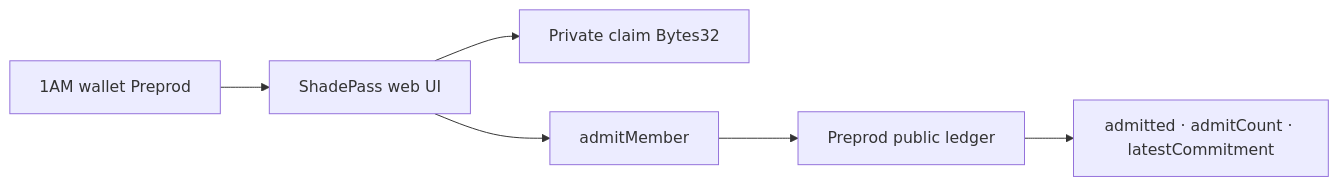
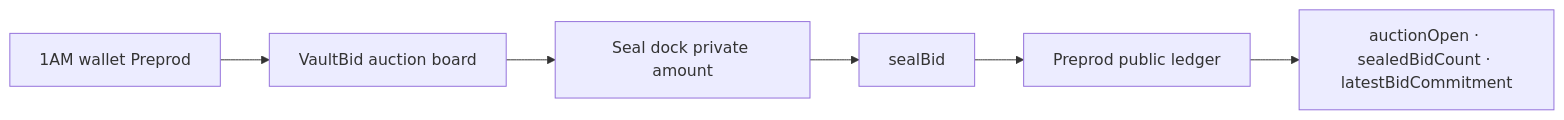
The diagram in README.md (nikkunjtayal/seal-vault), drawn with Mermaid before and after one commit. The commit also changed other lines of this file and 70 other files, not shown here.

Commit message:
Rebrand ShadePass into VaultBid sealed-bid auction with new UI

````diff
--- a/README.md
+++ b/README.md
@@ -126,13 +32,13 @@
 ```mermaid
 flowchart LR
   Wallet[1AM wallet Preprod]
-  UI[ShadePass web UI]
-  Witness[Private claim Bytes32]
-  Circuit[admitMember]
+  Board[VaultBid auction board]
+  Dock[Seal dock private amount]
+  Circuit[sealBid]
   Ledger[Preprod public ledger]
-  Wallet --> UI
-  UI --> Witness
-  UI --> Circuit
+  Wallet --> Board
+  Board --> Dock
+  Dock --> Circuit
   Circuit --> Ledger
-  Ledger --> Public["admitted · admitCount · latestCommitment"]
+  Ledger --> Public["auctionOpen · sealedBidCount · latestBidCommitment"]
 ```
````
